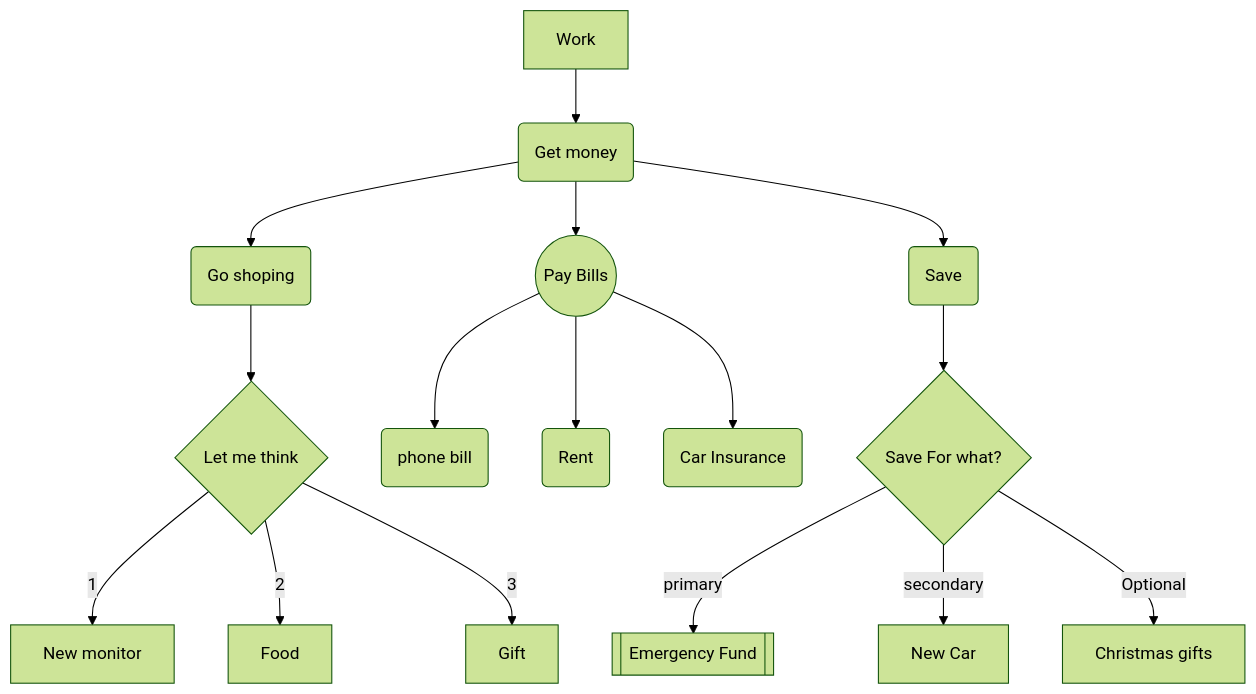
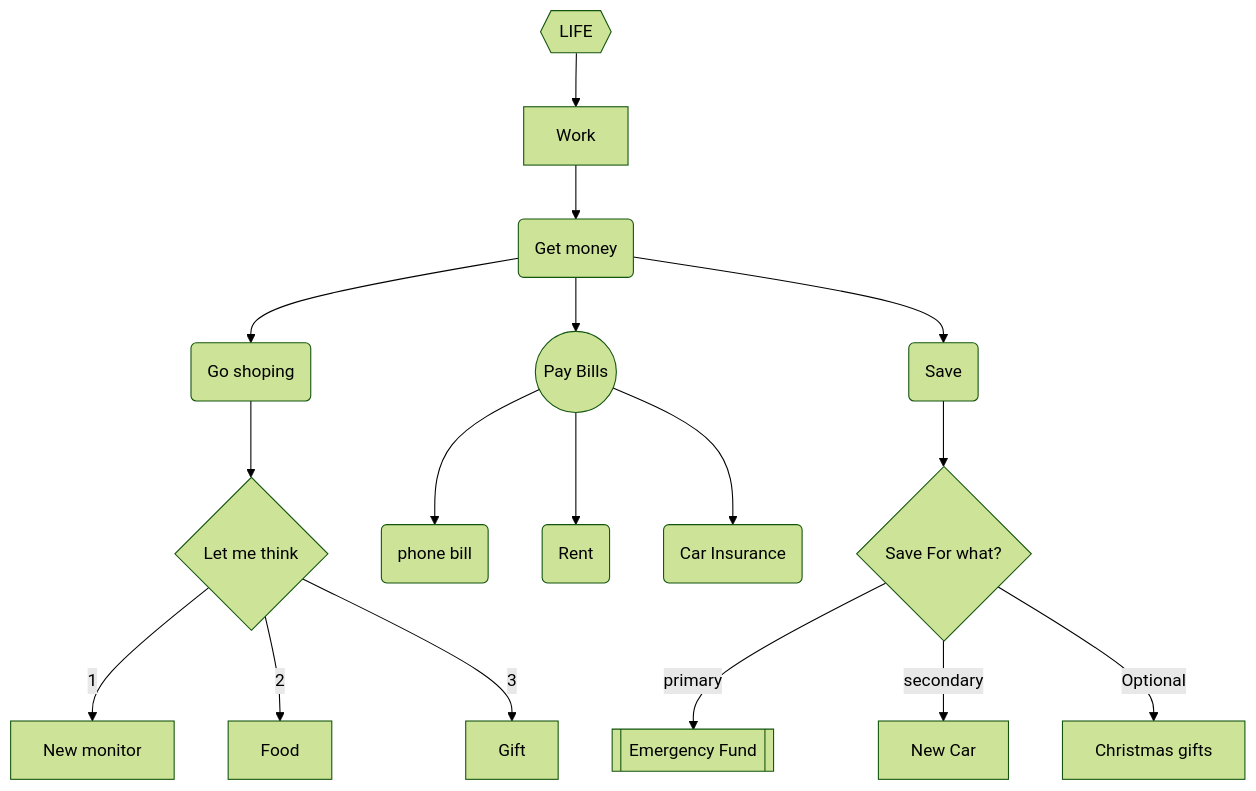
One commit to Epperezmoreno/epperezmoreno.github.io changed the diagram in Diagram.md. Above: the diagram before and after it, drawn with Mermaid (forest theme).

Commit message:
Update Diagram.md
added new box to see what happens

````diff
--- a/Diagram.md
+++ b/Diagram.md
@@ -1,20 +1,23 @@
 ```mermaid
 flowchart TD 
-A[Work] -->B(Get money)
+AA{{LIFE}} -->A[Work] -->B(Get money)
 B --> C(Go shoping)
 B --> D((Pay Bills))
 B --> E(Save)
 C --> F{Let me think}
 F -->|1| G[New monitor]
 F -->|2| H[Food]
 F -->|3| I[Gift]
 
 D --> J(phone bill)
 D --> K(Rent)
 D --> M(Car Insurance)
 
 E --> N{Save For what?}
 N --> |primary| O[[Emergency Fund]]
 N --> |secondary| P[New Car]
 N --> |Optional| Q[Christmas gifts]
+
+
+
 ```
````
